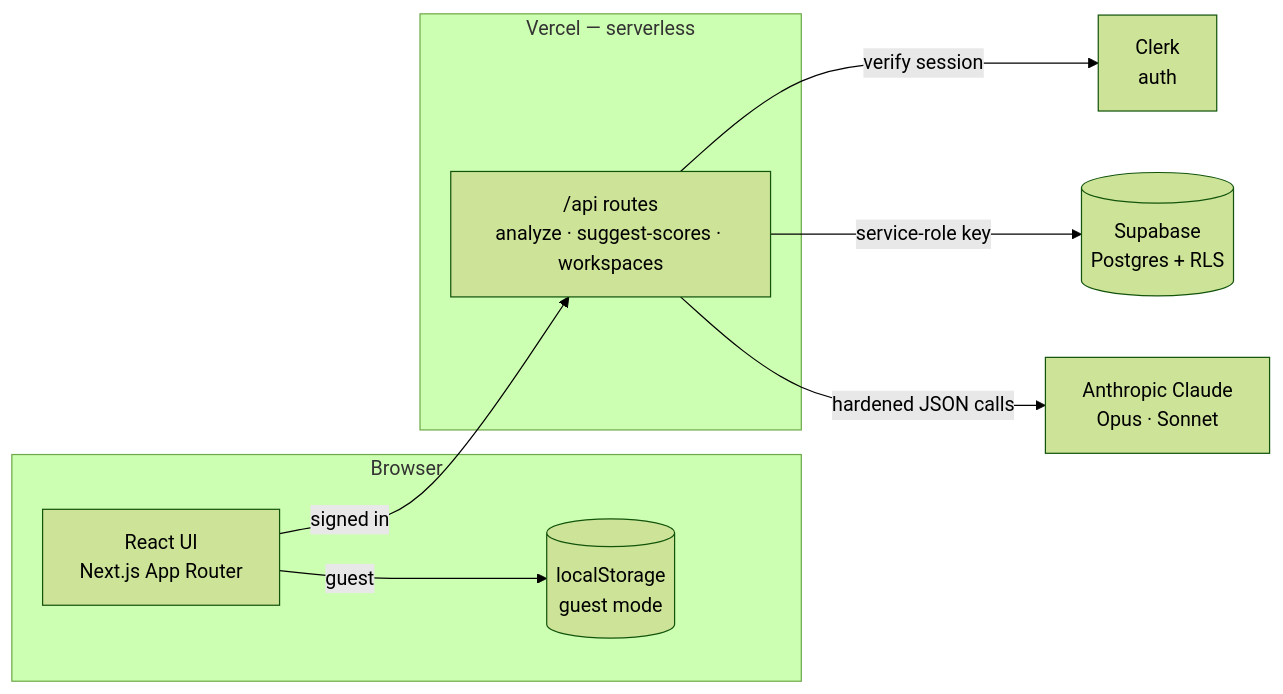
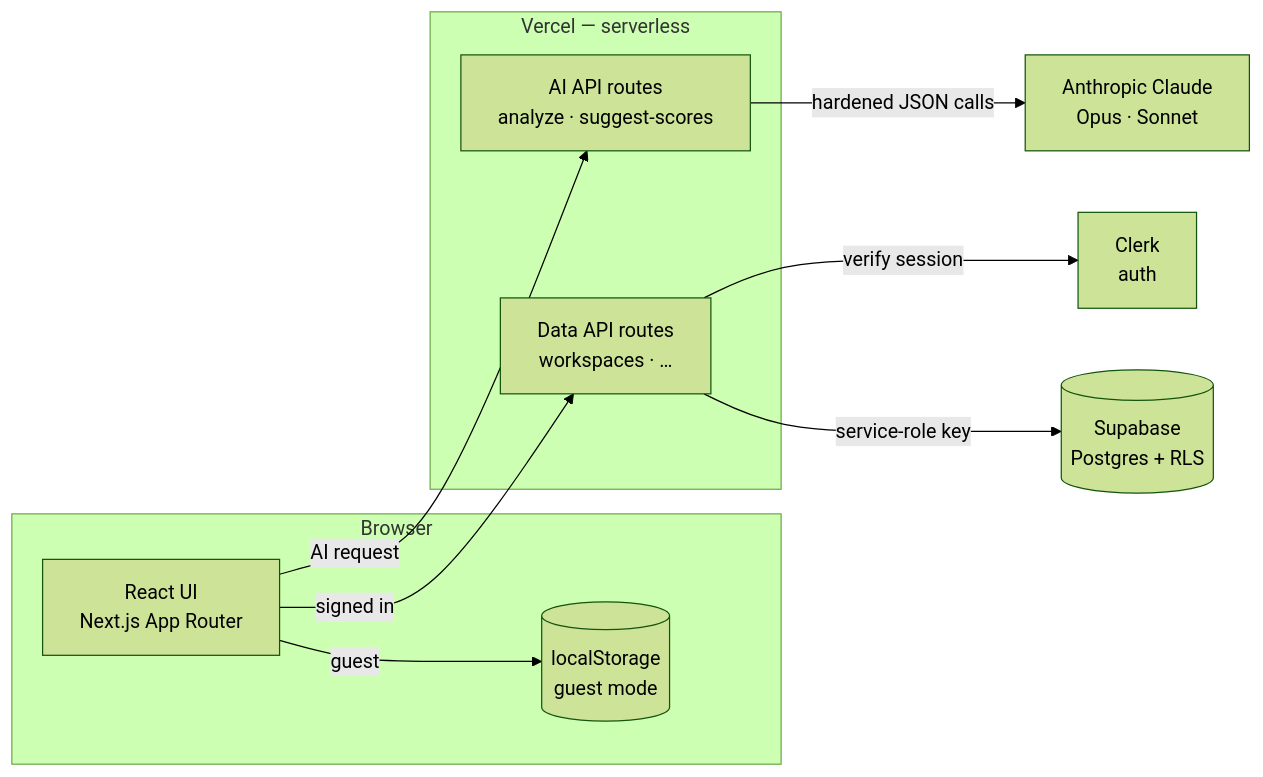
Before and after one commit to kristenmartino/Tarazu: the diagram in README.md, drawn with Mermaid (forest theme). The commit also changed other lines of this file and 1 other file, not shown here.

First line of the commit message:
Correct architecture diagram, model + claim wording in README (#38)

````diff
--- a/README.md
+++ b/README.md
@@ -56,19 +56,21 @@
 ```mermaid
 flowchart LR
     subgraph Browser
       UI["React UI<br/>Next.js App Router"]
       LS[("localStorage<br/>guest mode")]
     end
     subgraph Vercel["Vercel — serverless"]
-      API["/api routes<br/>analyze · suggest-scores · workspaces"]
+      AIAPI["AI API routes<br/>analyze · suggest-scores"]
+      DataAPI["Data API routes<br/>workspaces · …"]
     end
     Clerk["Clerk<br/>auth"]
     Supa[("Supabase<br/>Postgres + RLS")]
     Claude["Anthropic Claude<br/>Opus · Sonnet"]
 
     UI -->|guest| LS
-    UI -->|signed in| API
-    API -->|verify session| Clerk
-    API -->|service-role key| Supa
-    API -->|hardened JSON calls| Claude
+    UI -->|AI request| AIAPI
+    UI -->|signed in| DataAPI
+    AIAPI -->|hardened JSON calls| Claude
+    DataAPI -->|verify session| Clerk
+    DataAPI -->|service-role key| Supa
 ```
````
